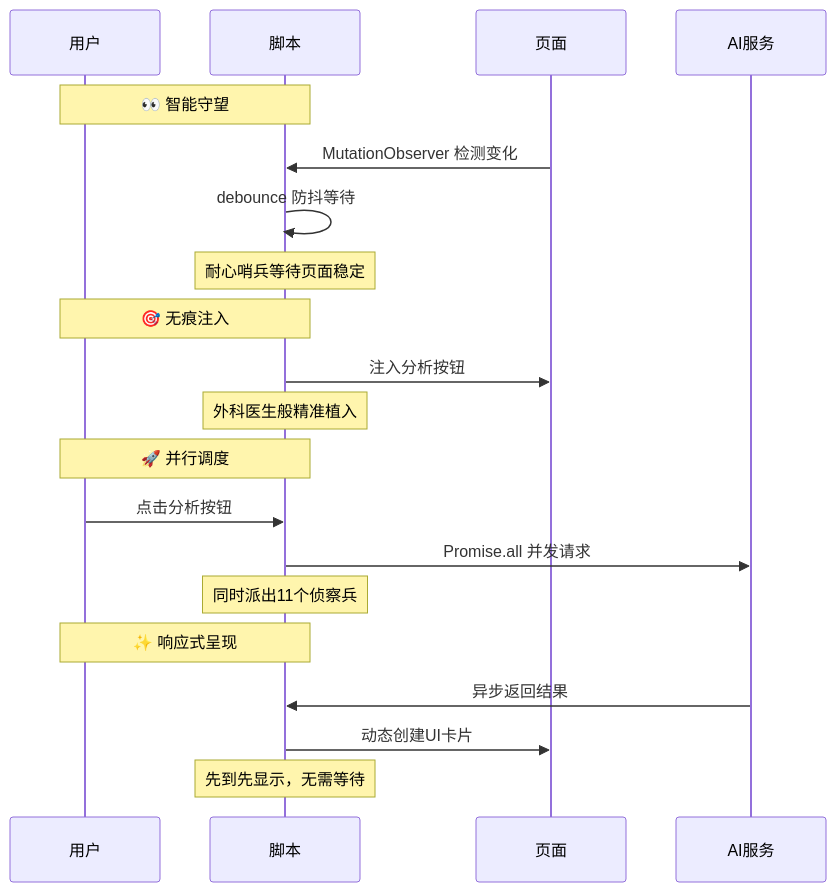
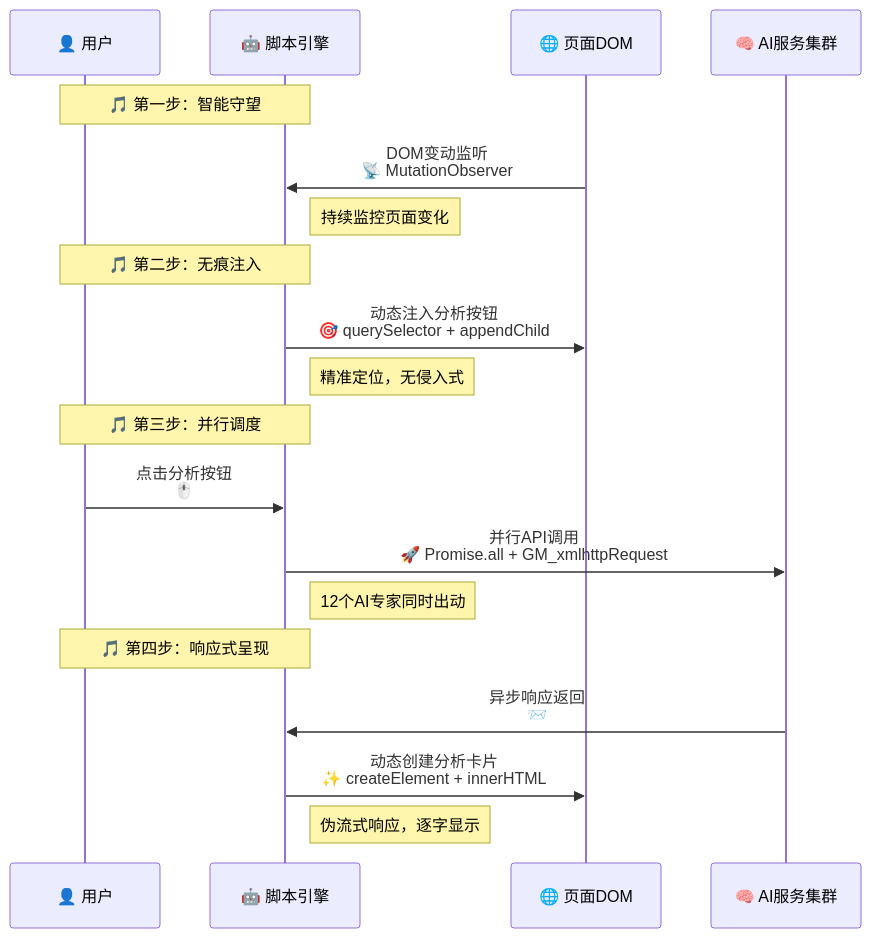
One commit to lzA6/js-goblin changed the second of 4 diagrams in README.md. Above: the diagram before and after it, drawn with Mermaid. The commit also changed other lines of this file, not shown here.

````diff
--- a/README.md
+++ b/README.md
@@ -204,26 +233,25 @@
 ```mermaid
 sequenceDiagram
-    participant U as 用户
-    participant S as 脚本
-    participant P as 页面
-    participant A as AI服务
+    participant User as 👤 用户
+    participant Script as 🤖 脚本引擎
+    participant Page as 🌐 页面DOM
+    participant AI as 🧠 AI服务集群
     
-    Note over U,S: 👀 智能守望
-    P->>S: MutationObserver 检测变化
-    S->>S: debounce 防抖等待
-    Note over S: 耐心哨兵等待页面稳定
+    Note over User,Script: 🎵 第一步：智能守望
+    Page->>Script: DOM变动监听<br/>📡 MutationObserver
+    Note right of Script: 持续监控页面变化
     
-    Note over U,S: 🎯 无痕注入  
-    S->>P: 注入分析按钮
-    Note over S: 外科医生般精准植入
+    Note over User,Script: 🎵 第二步：无痕注入
+    Script->>Page: 动态注入分析按钮<br/>🎯 querySelector + appendChild
+    Note right of Script: 精准定位，无侵入式
     
-    Note over U,S: 🚀 并行调度
-    U->>S: 点击分析按钮
-    S->>A: Promise.all 并发请求
-    Note over S: 同时派出11个侦察兵
+    Note over User,Script: 🎵 第三步：并行调度
+    User->>Script: 点击分析按钮<br/>🖱️
+    Script->>AI: 并行API调用<br/>🚀 Promise.all + GM_xmlhttpRequest
+    Note right of Script: 12个AI专家同时出动
     
-    Note over U,S: ✨ 响应式呈现
-    A->>S: 异步返回结果
-    S->>P: 动态创建UI卡片
-    Note over S: 先到先显示，无需等待
+    Note over User,Script: 🎵 第四步：响应式呈现
+    AI->>Script: 异步响应返回<br/>📨
+    Script->>Page: 动态创建分析卡片<br/>✨ createElement + innerHTML
+    Note right of Script: 伪流式响应，逐字显示
 ```
````
